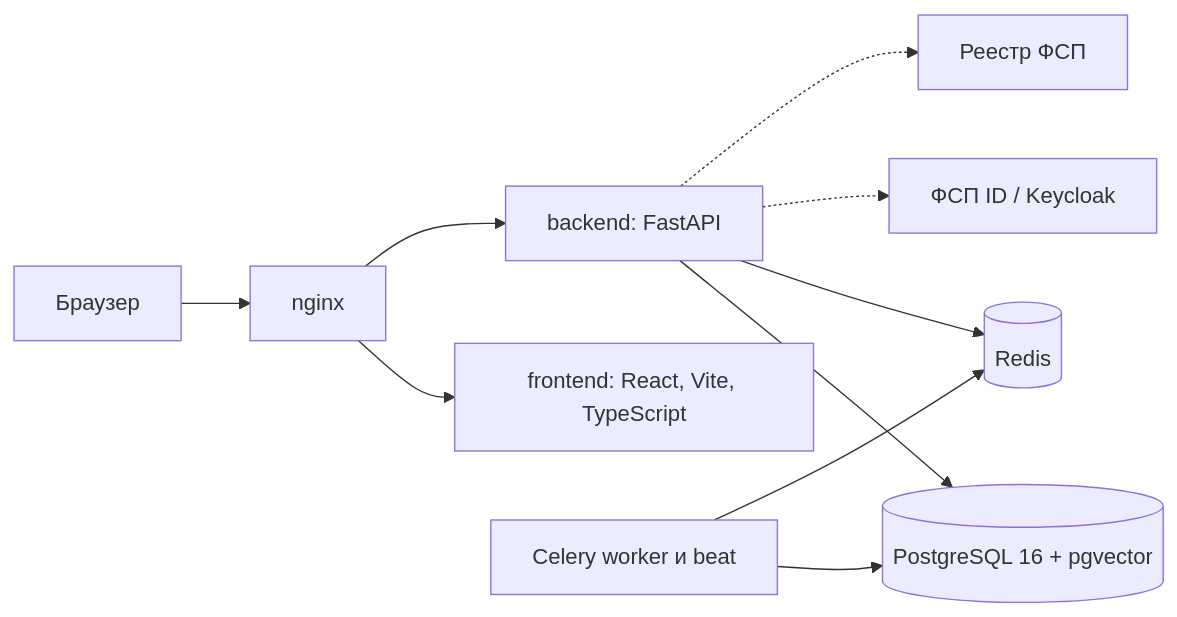
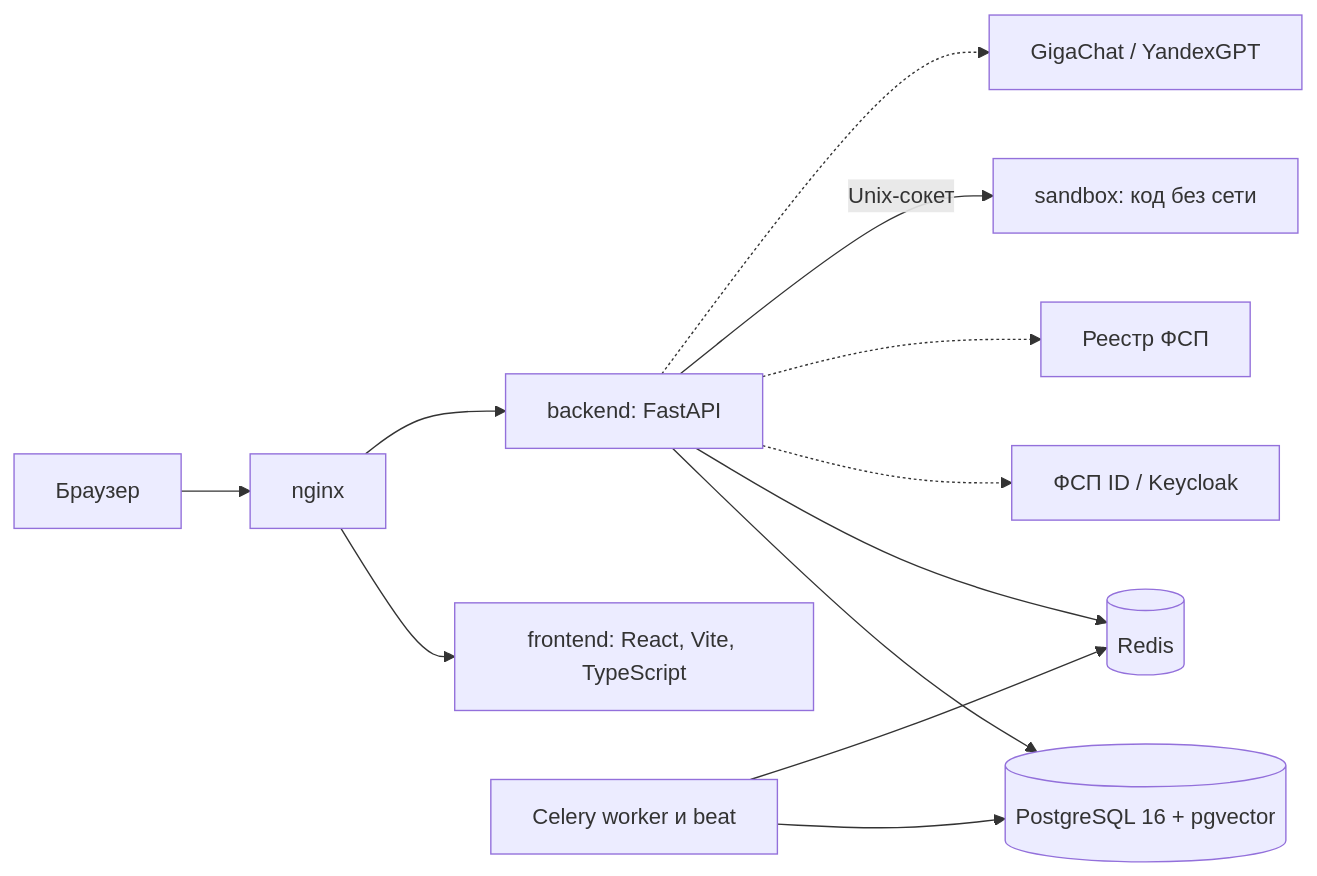
Before and after one commit to KonkovDV/fsp-talent: the diagram in README.md, drawn with Mermaid. The commit also changed other lines of this file and 5 other files, not shown here.

````diff
--- a/README.md
+++ b/README.md
@@ -220,12 +225,14 @@
 ```mermaid
 flowchart LR
   U[Браузер] --> NG[nginx]
   NG --> FE[frontend: React, Vite, TypeScript]
   NG --> BE[backend: FastAPI]
   BE --> PG[(PostgreSQL 16 + pgvector)]
   BE --> RD[(Redis)]
   WK[Celery worker и beat] --> PG
   WK --> RD
   BE -.-> KC[ФСП ID / Keycloak]
   BE -.-> REG[Реестр ФСП]
+  BE -->|Unix-сокет| SB[sandbox: код без сети]
+  BE -.-> AI[GigaChat / YandexGPT]
 ```
````
